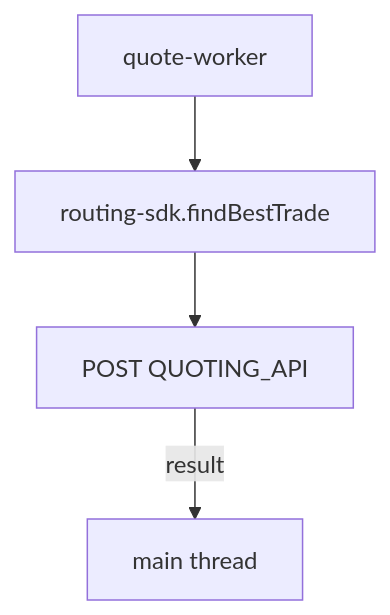
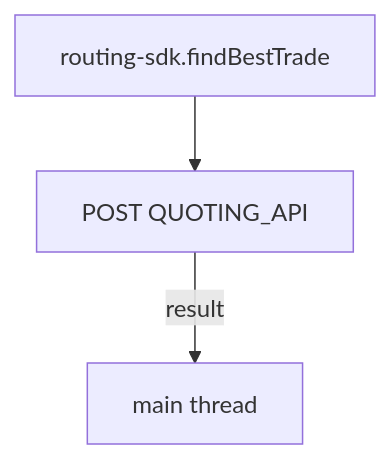
The third of 5 diagrams in apps/web/src/quoter/viz.md (chef-ryan/pancake-frontend), drawn with Mermaid before and after one commit. The commit also changed other lines of this file, not shown here.

````diff
--- a/apps/web/src/quoter/viz.md
+++ b/apps/web/src/quoter/viz.md
@@ -117,7 +120,6 @@
 ```mermaid
 flowchart TD
-    QW[quote-worker]
-    QW --> RS[routing-sdk.findBestTrade]
+    RS[routing-sdk.findBestTrade]
     RS --> QA["POST QUOTING_API"]
     QA -->|result| MAIN[main thread]
 ```
````
